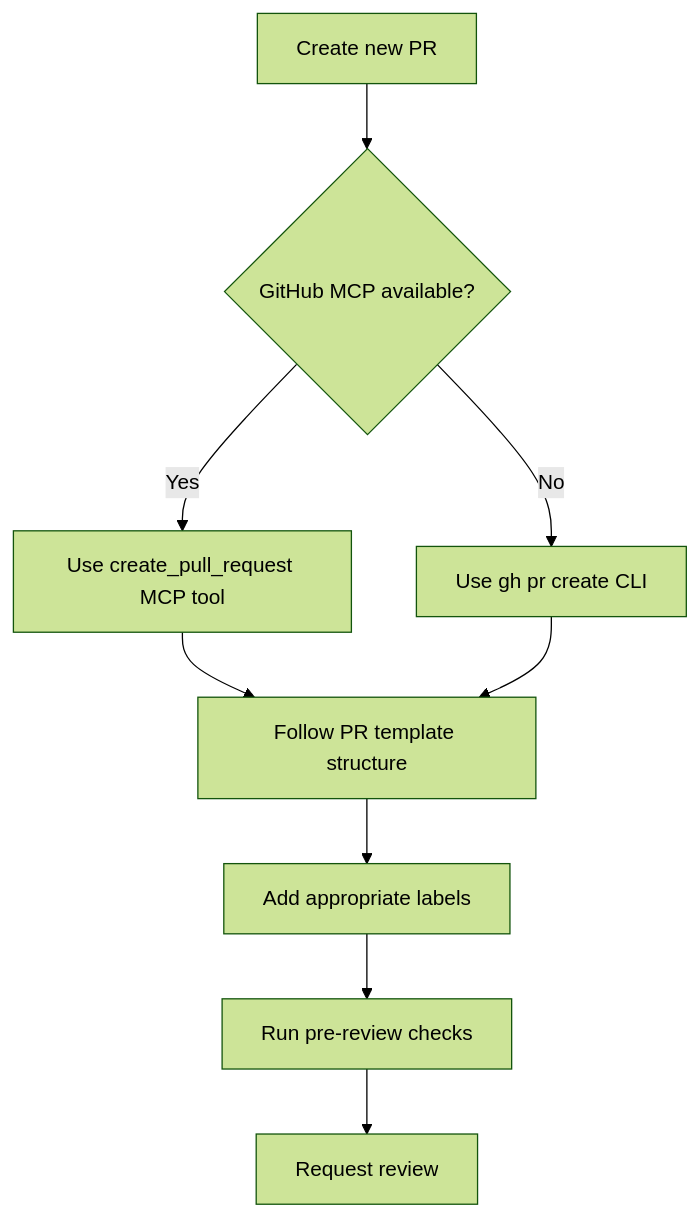
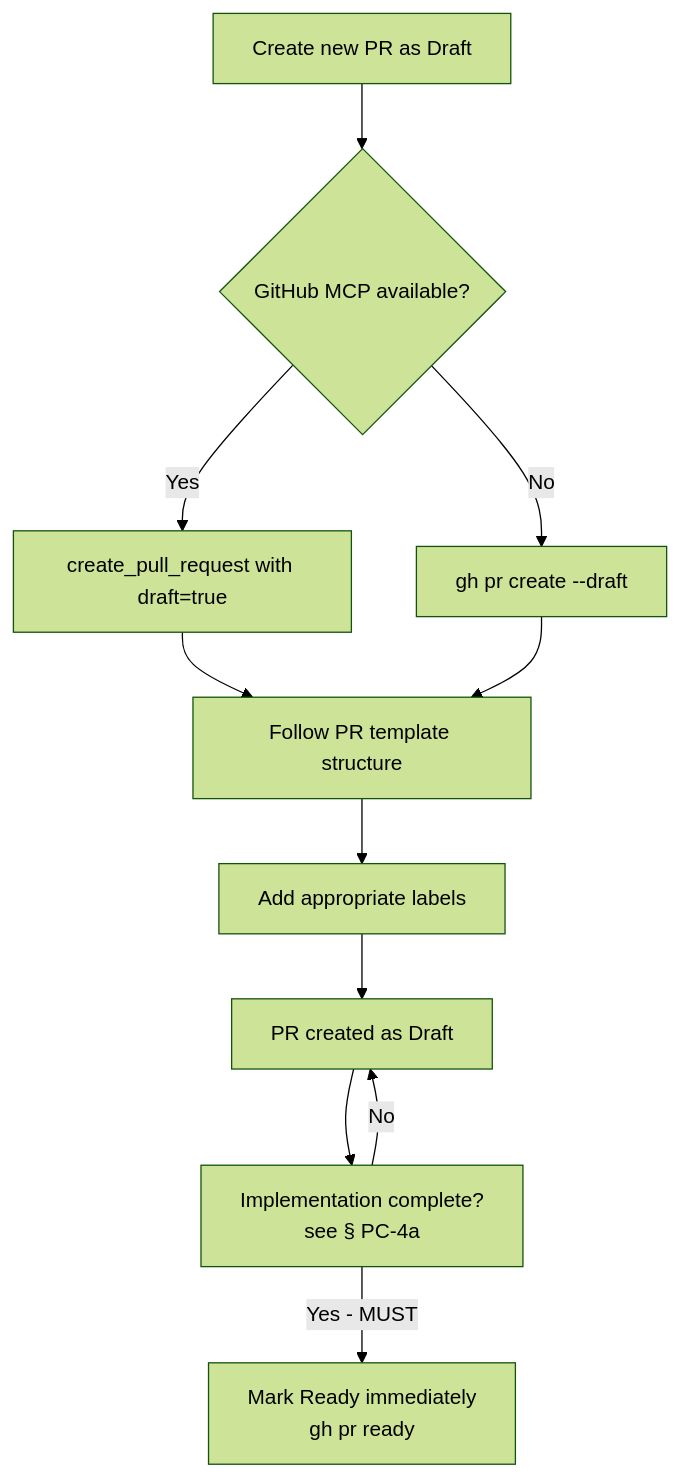
The first of 8 diagrams in instructions/PR_GUIDELINE.md (kent8192/reinhardt-web), drawn with Mermaid (forest theme) before and after one commit. The commit also changed other lines of this file, not shown here.

Commit message:
docs: update PC-1 flowchart to reflect new Draft to Ready policy
The PR creation flowchart in PC-1 previously ended with:
    F[Add labels] -> G[Run pre-review checks] -> H[Request review]

That sequence implies pre-review checks (CI/tests) must pass before
marking Ready, which directly contradicts PC-4a:
"MUST mark Ready immediately upon implementation completion; CI
completion is NOT a prerequisite."

Restructure the diagram to:
- Stop at "PR created as Draft" (true scope of PR creation flow)
- Add an explicit "Implementation complete? see § PC-4a" decision
  node with "Yes -> MUST -> Mark Ready immediately"
- Explicitly clarify "draft=true" / "--draft" on creation nodes
- Add caption clarifying Ready conversion is governed by PC-4a, not
  by this creation flow

Caught by Codex stop-time review (third iteration in this PR).

````diff
--- a/instructions/PR_GUIDELINE.md
+++ b/instructions/PR_GUIDELINE.md
@@ -38,11 +38,13 @@
 ```mermaid
 flowchart TD
-    A[Create new PR] --> B{GitHub MCP available?}
-    B -->|Yes| C[Use create_pull_request MCP tool]
-    B -->|No| D[Use gh pr create CLI]
+    A[Create new PR as Draft] --> B{GitHub MCP available?}
+    B -->|Yes| C[create_pull_request with draft=true]
+    B -->|No| D[gh pr create --draft]
     C --> E[Follow PR template structure]
     D --> E
     E --> F[Add appropriate labels]
-    F --> G[Run pre-review checks]
-    G --> H[Request review]
+    F --> G[PR created as Draft]
+    G --> H["Implementation complete?<br/>see § PC-4a"]
+    H -->|Yes - MUST| I[Mark Ready immediately<br/>gh pr ready]
+    H -->|No| G
 ```
````
